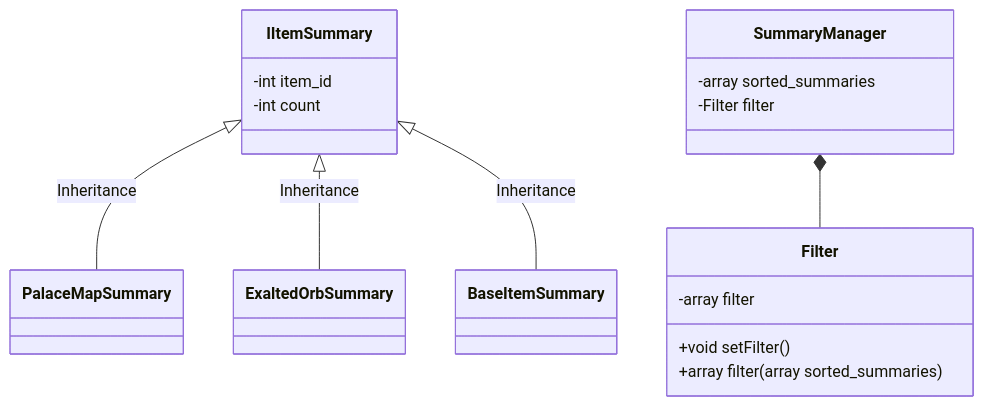
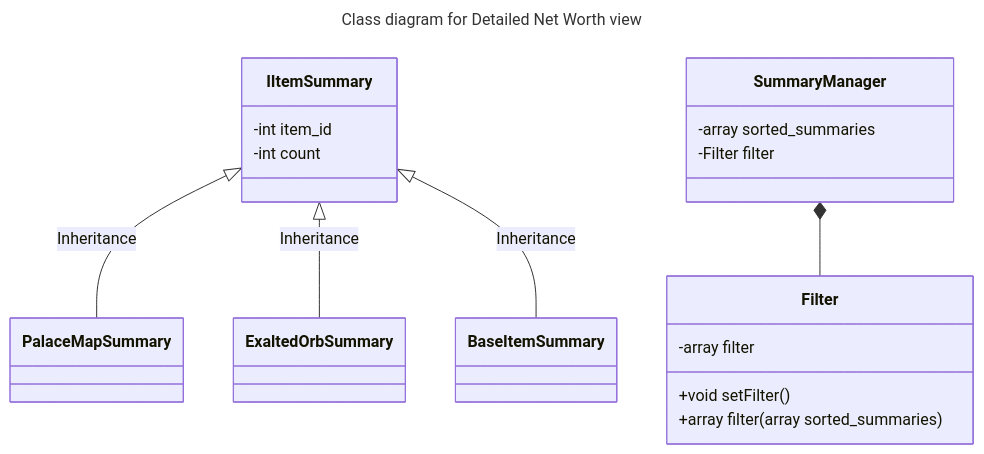
The diagram in docs/detailed-net-worth.mermaid (Craftarc/axel), drawn with Mermaid before and after one commit. The commit also changed 6 other files, not shown here.

```diff
--- a/docs/detailed-net-worth.mermaid
+++ b/docs/detailed-net-worth.mermaid
@@ -1,21 +1,25 @@
+---
+title: Class diagram for Detailed Net Worth view
+---
+
 classDiagram
     IItemSummary <|-- PalaceMapSummary: Inheritance
     IItemSummary <|-- ExaltedOrbSummary: Inheritance
     IItemSummary <|-- BaseItemSummary: Inheritance
     SummaryManager *-- Filter
 
     class IItemSummary {
         -int item_id
         -int count
     }
 
     class Filter {
         -array filter
         +void setFilter()
         +array filter(array sorted_summaries)
     }
 
     class SummaryManager {
         -array sorted_summaries
         -Filter filter
     }
```
